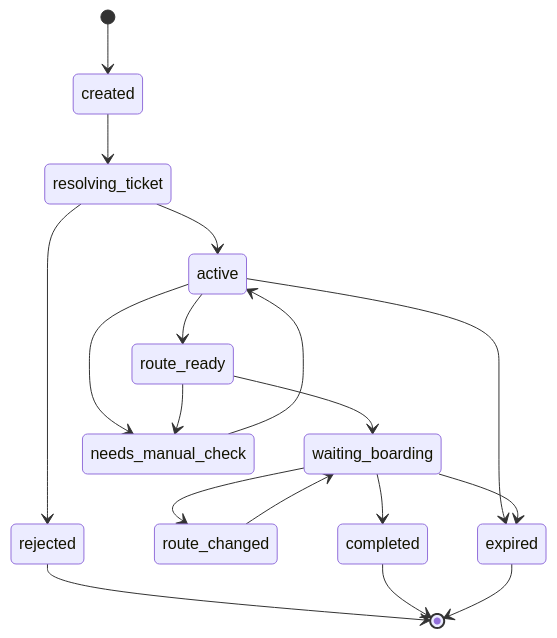
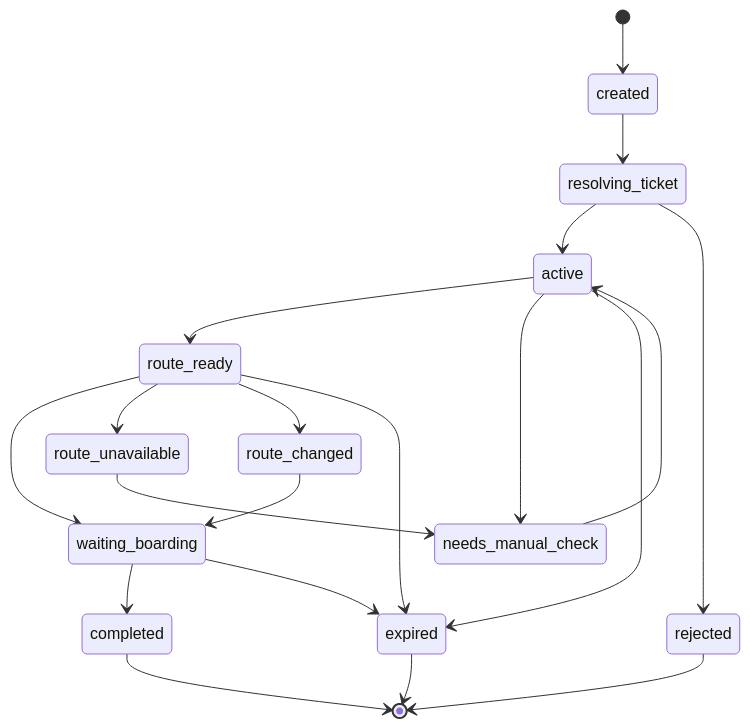
One commit to FlashgoKless/CW-for-dissertation changed the fifth of 6 diagrams in 06-сценарии-и-потоки.md. Above: the diagram before and after it, drawn with Mermaid. The commit also changed other lines of this file and 2 other files, not shown here.

Commit message:
docs: update architecture flows and data storage

````diff
--- a/06-сценарии-и-потоки.md
+++ b/06-сценарии-и-потоки.md
@@ -74,20 +146,22 @@
 ```mermaid
 stateDiagram-v2
     [*] --> created
     created --> resolving_ticket
     resolving_ticket --> active
     resolving_ticket --> rejected
     active --> route_ready
+    active --> needs_manual_check
     route_ready --> waiting_boarding
-    waiting_boarding --> route_changed
+    route_ready --> route_unavailable
+    route_ready --> route_changed
     route_changed --> waiting_boarding
+    route_unavailable --> needs_manual_check
+    needs_manual_check --> active
     waiting_boarding --> completed
-    active --> needs_manual_check
-    route_ready --> needs_manual_check
-    needs_manual_check --> active
     active --> expired
+    route_ready --> expired
     waiting_boarding --> expired
     rejected --> [*]
     completed --> [*]
     expired --> [*]
 ```
````
